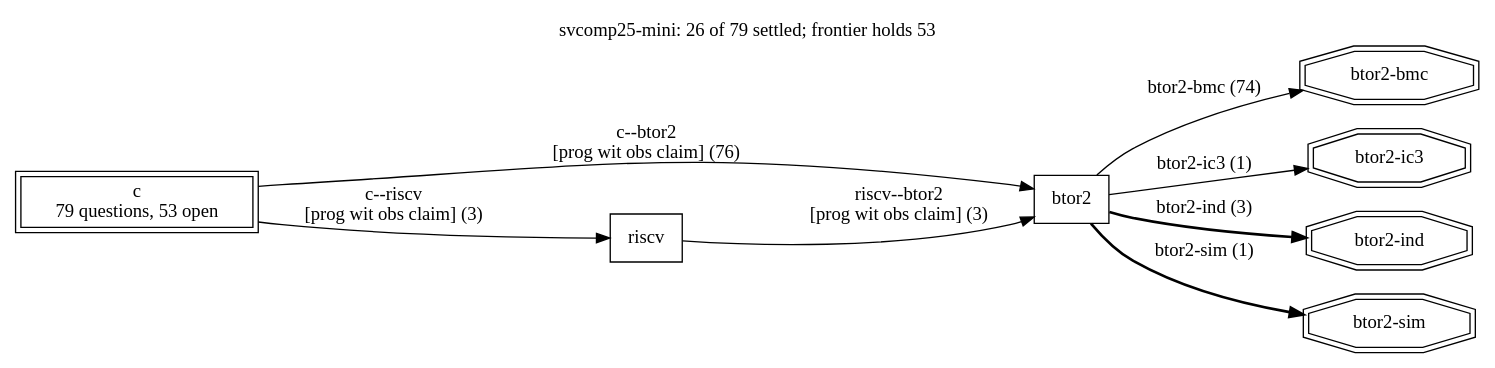
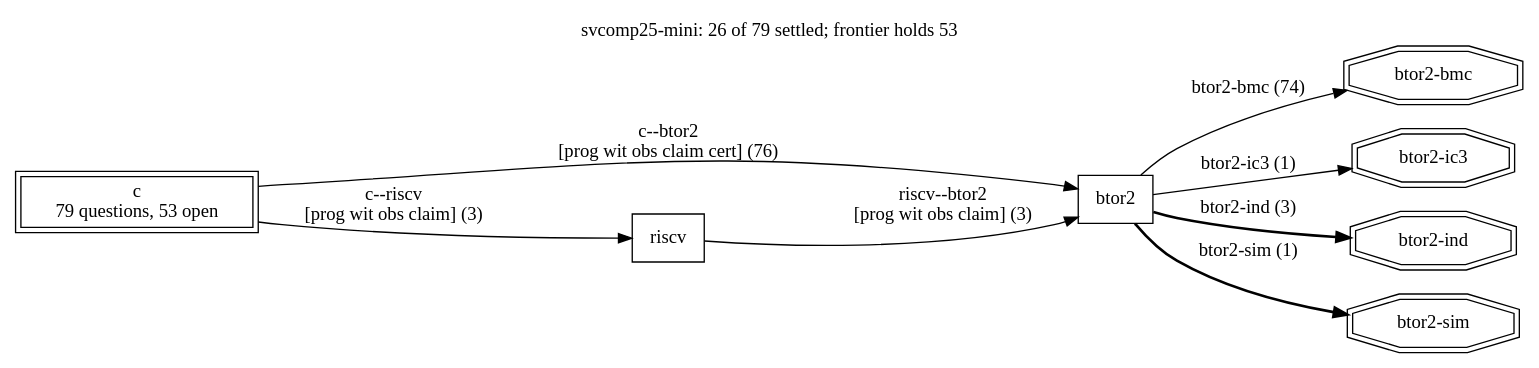
Before and after one commit to cksystemsgroup/hurdy-gurdy: the diagram in runs/svcomp25-mini/frontier.dot, drawn with Graphviz. The commit also changed 108 other files, not shown here.

First line of the commit message:
Proofs come home: C revises to judge induction certificates in its own terms, the C-to-BTOR2 pair gains its cert channel by revision, and regrade lifts three checked answers to certified at gap zero without solving anything again

```diff
--- a/runs/svcomp25-mini/frontier.dot
+++ b/runs/svcomp25-mini/frontier.dot
@@ -1,19 +1,19 @@
 digraph "svcomp25-mini" {
   rankdir=LR; labelloc=t;
   label="svcomp25-mini: 26 of 79 settled; frontier holds 53";
   node [shape=box];
   "btor2";
   "c" [peripheries=2, label="c\n79 questions, 53 open"];
   "riscv";
-  "c" -> "btor2" [style=solid, label="c--btor2\n[prog wit obs claim] (76)"];
+  "c" -> "btor2" [style=solid, label="c--btor2\n[prog wit obs claim cert] (76)"];
   "c" -> "riscv" [style=solid, label="c--riscv\n[prog wit obs claim] (3)"];
   "riscv" -> "btor2" [style=solid, label="riscv--btor2\n[prog wit obs claim] (3)"];
   "search:btor2-bmc" [shape=doubleoctagon, label="btor2-bmc"];
   "btor2" -> "search:btor2-bmc" [style=solid, label="btor2-bmc (74)"];
   "search:btor2-ic3" [shape=doubleoctagon, label="btor2-ic3"];
   "btor2" -> "search:btor2-ic3" [style=solid, label="btor2-ic3 (1)"];
   "search:btor2-ind" [shape=doubleoctagon, label="btor2-ind"];
   "btor2" -> "search:btor2-ind" [style=bold, label="btor2-ind (3)"];
   "search:btor2-sim" [shape=doubleoctagon, label="btor2-sim"];
   "btor2" -> "search:btor2-sim" [style=bold, label="btor2-sim (1)"];
 }
```
